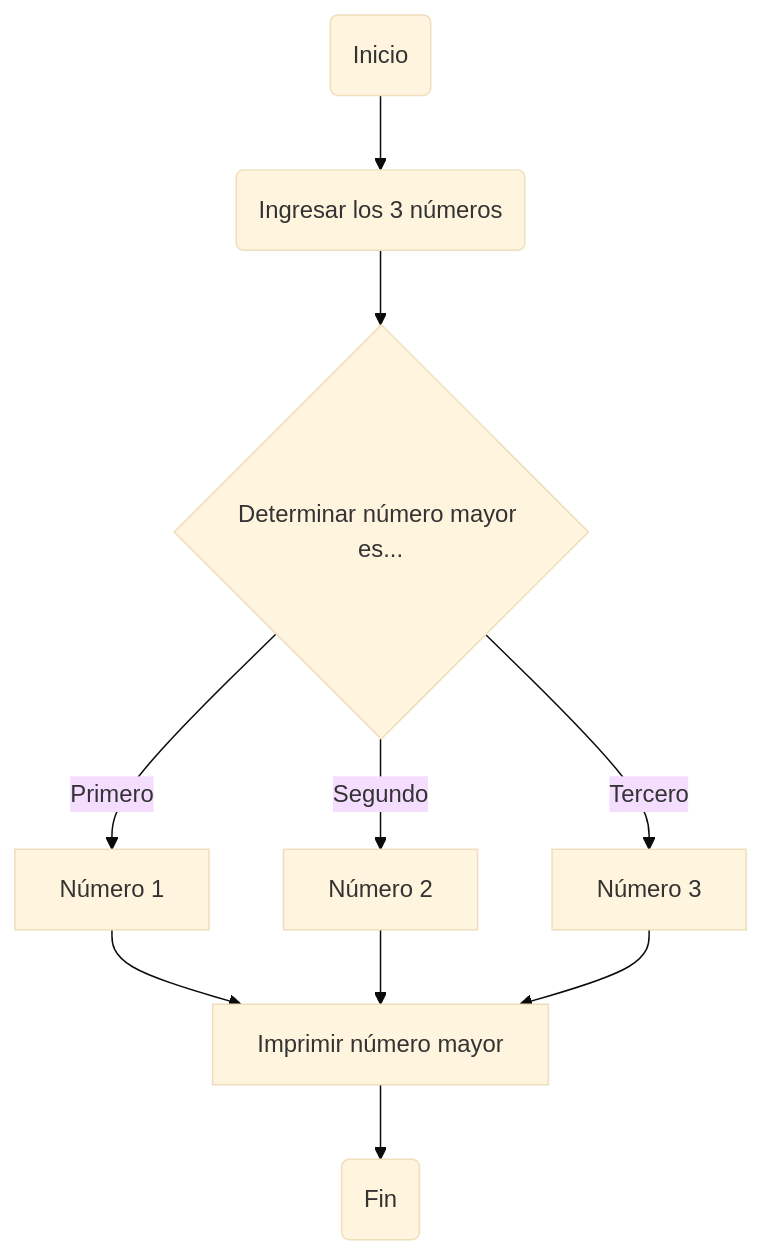
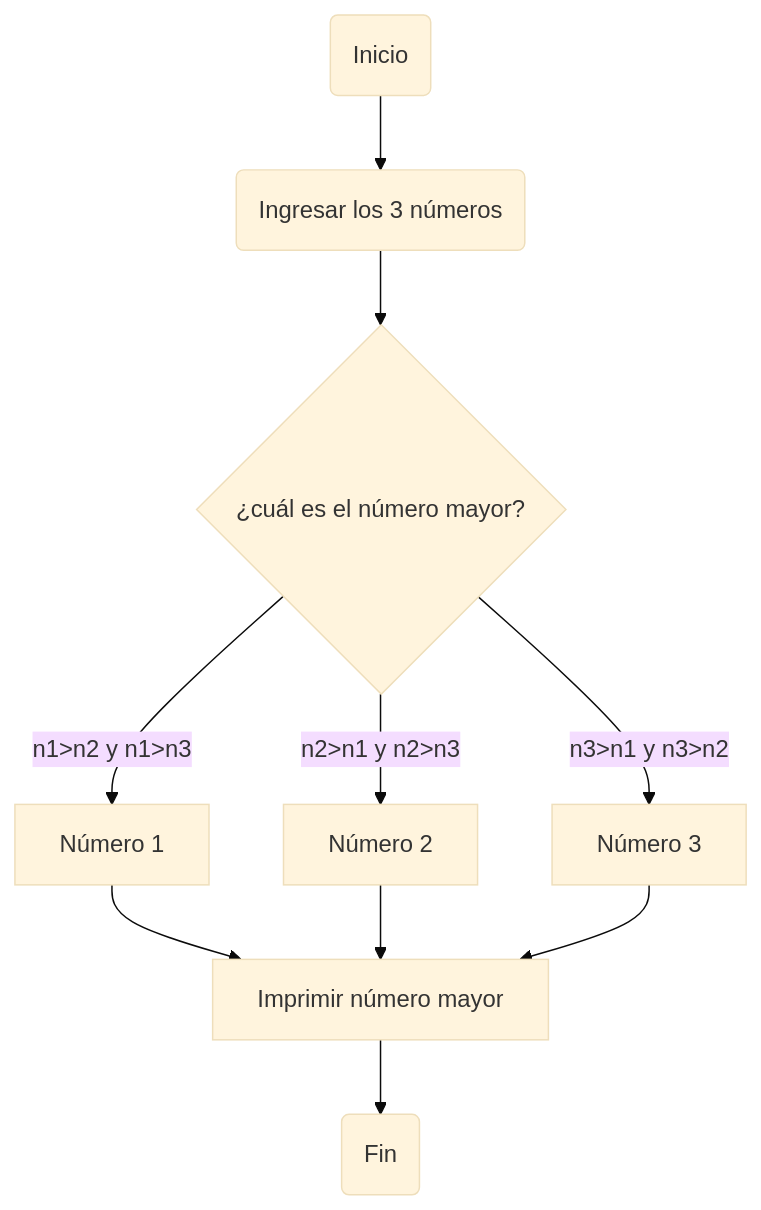
Before and after one commit to jeriosv/taller_1: the first of 3 diagrams in README.md, drawn with Mermaid (base theme).

````diff
--- a/README.md
+++ b/README.md
@@ -24,11 +24,11 @@
 ```mermaid
   graph TD;
     A(Inicio) --> B(Ingresar los 3 números);
-    B --> C{Determinar número mayor es...};
-    C -->|Primero| D[Número 1];
-    C -->|Segundo| E[Número 2];
-    C -->|Tercero| F[Número 3];
+    B --> C{¿cuál es el número mayor?};
+    C -->|n1>n2 y n1>n3| D[Número 1];
+    C -->|n2>n1 y n2>n3| E[Número 2];
+    C -->|n3>n1 y n3>n2| F[Número 3];
     D --> G[Imprimir número mayor] --> H(Fin);
     E --> G;
     F --> G;
 ```
````
